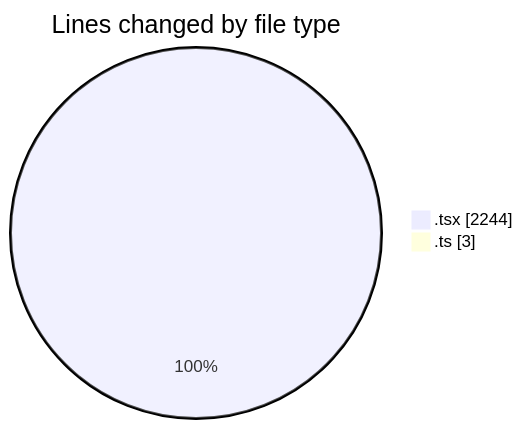
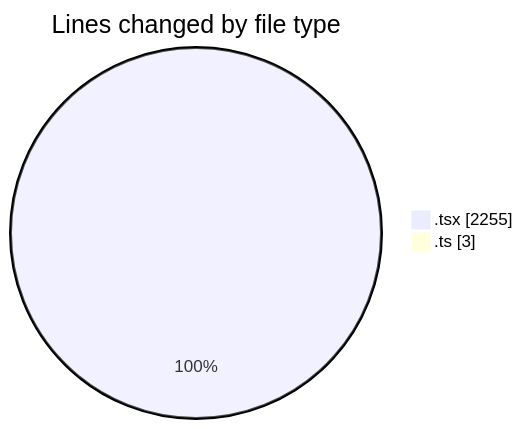
The first of 2 diagrams in 2025-02-12/cda/README.md (momahboobian/code-tracking), drawn with Mermaid before and after one commit. The commit also changed other lines of this file and 1 other file, not shown here.

````diff
--- a/2025-02-12/cda/README.md
+++ b/2025-02-12/cda/README.md
@@ -23,6 +23,6 @@
 ```mermaid
 pie showData
 title Lines changed by file type
-".tsx" : 2244
+".tsx" : 2255
 ".ts" : 3
 ```
````
